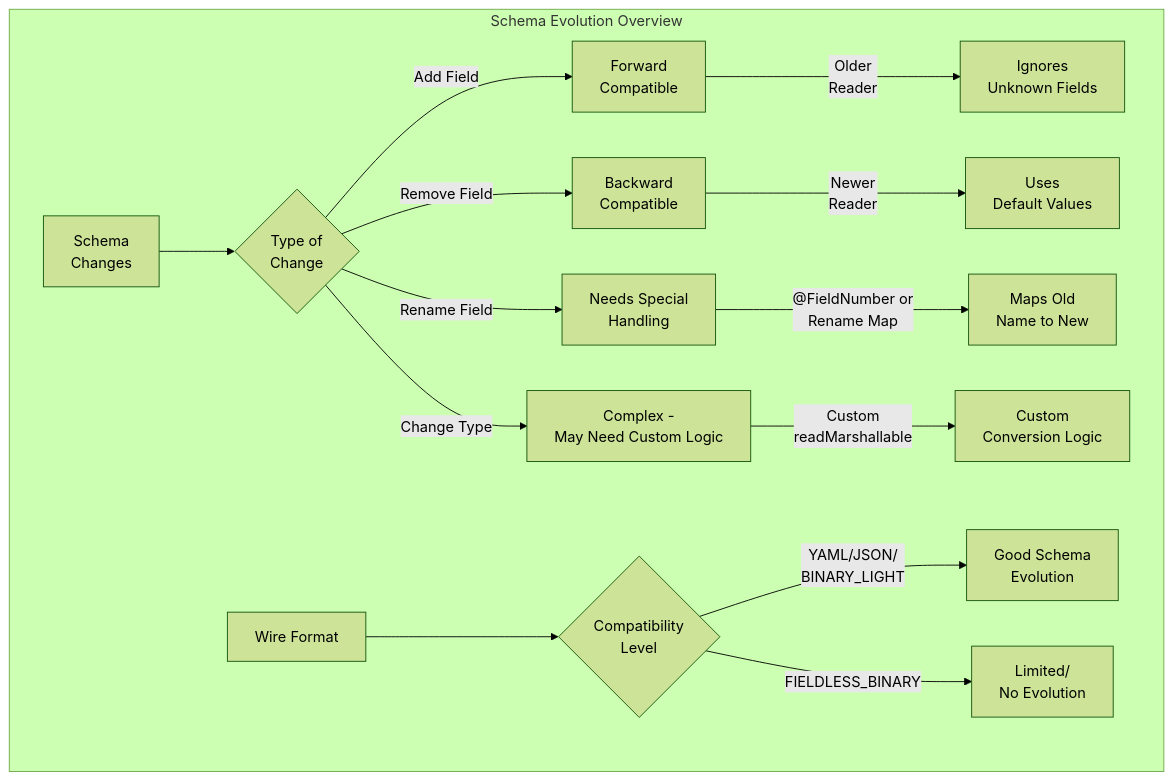
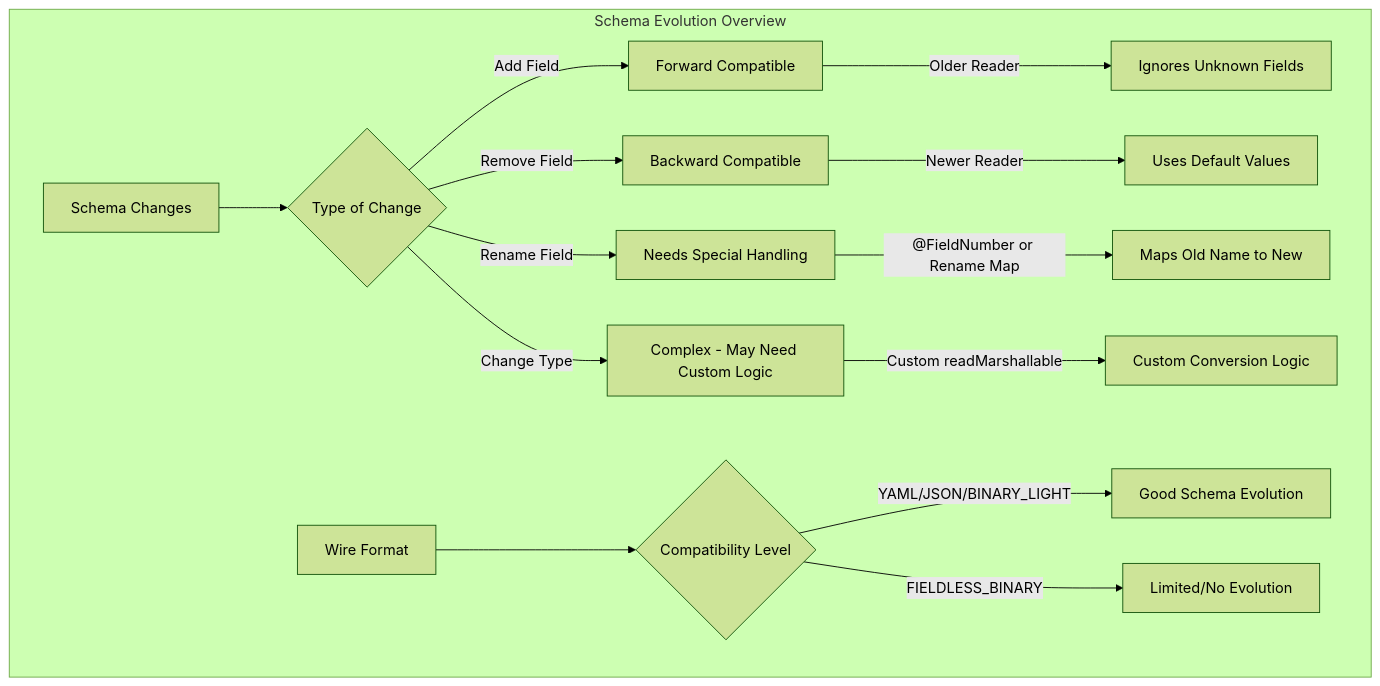
One commit to OpenHFT/Chronicle-Wire changed the fifth of 6 diagrams in src/main/adoc/wire-visual-guide.adoc. Above: the diagram before and after it, drawn with Mermaid (forest theme). The commit also changed other lines of this file and 3 other files, not shown here.

```diff
--- a/src/main/adoc/wire-visual-guide.adoc
+++ b/src/main/adoc/wire-visual-guide.adoc
@@ -144,20 +143,20 @@
 [mermaid]
 ----
 graph TD
     subgraph "Schema Evolution Overview"
-        A[Schema<br/> Changes] --> B{Type of<br/> Change}
-        B -->|Add Field| C[Forward<br/> Compatible]
-        B -->|Remove Field| D[Backward<br/> Compatible]
-        B -->|Rename Field| E[Needs Special<br/> Handling]
-        B -->|Change Type| F[Complex -<br/> May Need Custom Logic]
+        A[Schema Changes] --> B{Type of Change}
+        B -->|Add Field| C[Forward Compatible]
+        B -->|Remove Field| D[Backward Compatible]
+        B -->|Rename Field| E[Needs Special Handling]
+        B -->|Change Type| F[Complex - May Need Custom Logic]
         
-        C -->|"Older<br/> Reader"| G[Ignores <br/>Unknown Fields]
-        D -->|"Newer<br/> Reader"| H[Uses <br/>Default Values]
-        E -->|"@FieldNumber or<br/> Rename Map"| I[Maps Old <br/>Name to New]
-        F -->|"Custom <br/>readMarshallable"| J[Custom <br/>Conversion Logic]
+        C -->|"Older Reader"| G[Ignores Unknown Fields]
+        D -->|"Newer Reader"| H[Uses Default Values]
+        E -->|"@FieldNumber or Rename Map"| I[Maps Old Name to New]
+        F -->|"Custom readMarshallable"| J[Custom Conversion Logic]
         
-        K[Wire Format] --> L{Compatibility<br/> Level}
-        L -->|"YAML/JSON/<br/>BINARY_LIGHT"| M[Good Schema<br/> Evolution]
-        L -->|"FIELDLESS_BINARY"| N[Limited/<br/>No Evolution]
+        K[Wire Format] --> L{Compatibility Level}
+        L -->|"YAML/JSON/BINARY_LIGHT"| M[Good Schema Evolution]
+        L -->|"FIELDLESS_BINARY"| N[Limited/No Evolution]
     end
 ----
```
